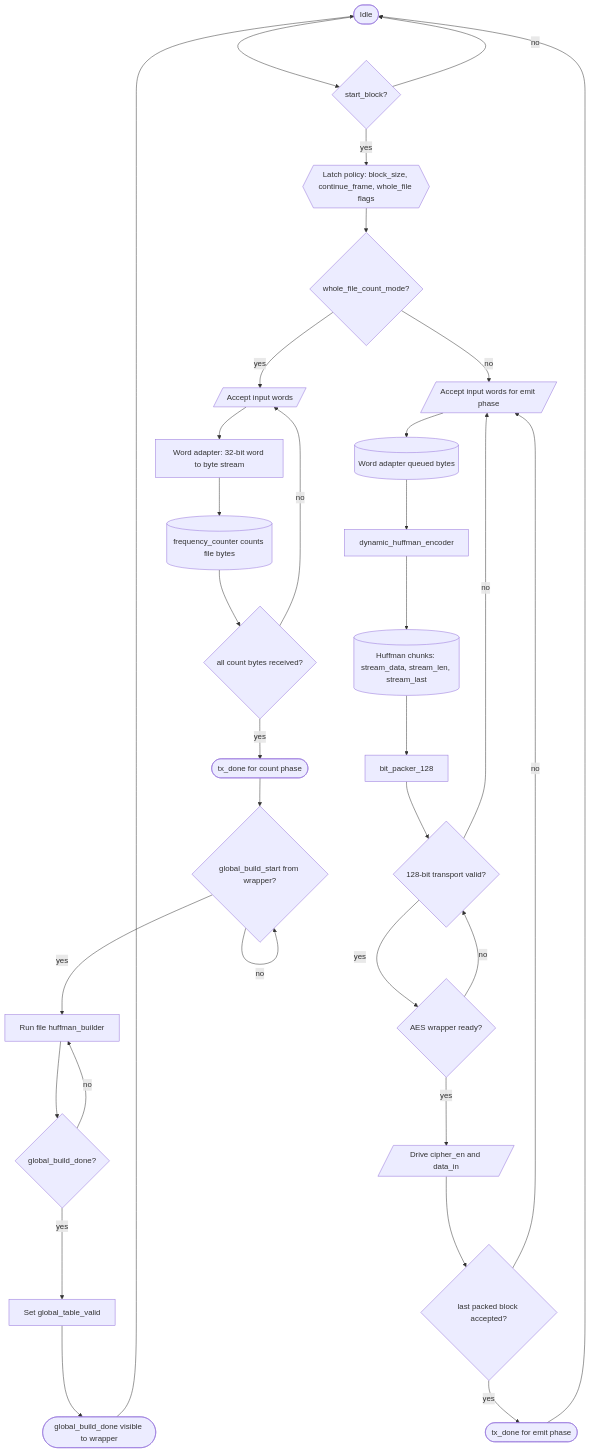
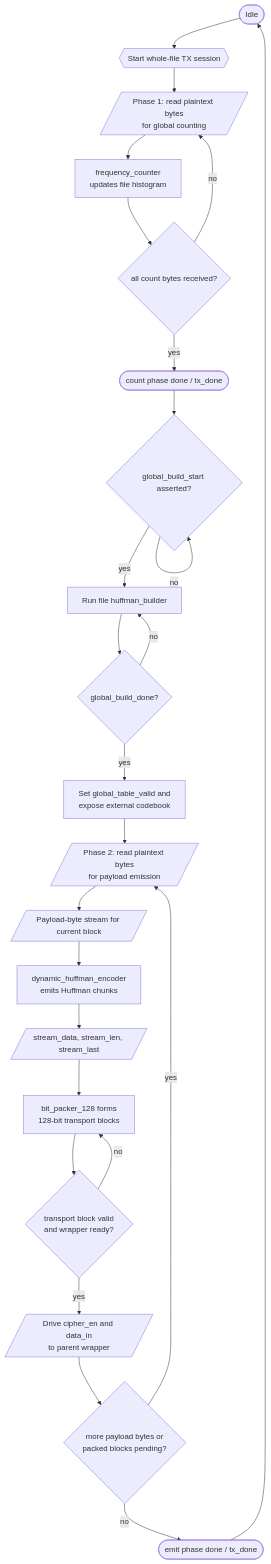
One commit to ngoquocan139/AES_huffman_all6 changed the second of 8 diagrams in docs/huffman_aes_riscv_flowchart_spec.md. Above: the diagram before and after it, drawn with Mermaid. The commit also changed other lines of this file and 17 other files, not shown here.

````diff
--- a/docs/huffman_aes_riscv_flowchart_spec.md
+++ b/docs/huffman_aes_riscv_flowchart_spec.md
@@ -82,38 +85,30 @@
 ```mermaid
 flowchart TD
-    A(["Idle"]) --> B{"start_block?"}
-    B -->|"no"| A
-    B -->|"yes"| C{{"Latch policy: block_size, continue_frame, whole_file flags"}}
+    A(["Idle"]) --> B{{"Start whole-file TX session"}}
+    B --> C[/"Phase 1: read plaintext bytes<br/>for global counting"/]
+    C --> D["frequency_counter<br/>updates file histogram"]
+    D --> E{"all count bytes received?"}
+    E -->|"no"| C
+    E -->|"yes"| F(["count phase done / tx_done"])
 
-    C --> D{"whole_file_count_mode?"}
-    D -->|"yes"| E[/"Accept input words"/]
-    E --> F["Word adapter: 32-bit word to byte stream"]
-    F --> G[("frequency_counter counts file bytes")]
-    G --> H{"all count bytes received?"}
-    H -->|"no"| E
-    H -->|"yes"| Z(["tx_done for count phase"])
-    Z --> I{"global_build_start from wrapper?"}
-    I -->|"no"| I
-    I -->|"yes"| J["Run file huffman_builder"]
-    J --> K{"global_build_done?"}
-    K -->|"no"| J
-    K -->|"yes"| AA["Set global_table_valid"]
-    AA --> AB(["global_build_done visible to wrapper"])
+    F --> G{"global_build_start asserted?"}
+    G -->|"no"| G
+    G -->|"yes"| H["Run file huffman_builder"]
+    H --> I{"global_build_done?"}
+    I -->|"no"| H
+    I -->|"yes"| J["Set global_table_valid and<br/>expose external codebook"]
 
-    D -->|"no"| L[/"Accept input words for emit phase"/]
-    L --> M[("Word adapter queued bytes")]
-    M --> N["dynamic_huffman_encoder"]
-    N --> O[("Huffman chunks: stream_data, stream_len, stream_last")]
-    O --> P["bit_packer_128"]
-    P --> Q{"128-bit transport valid?"}
-    Q -->|"no"| L
-    Q -->|"yes"| R{"AES wrapper ready?"}
-    R -->|"no"| Q
-    R -->|"yes"| S[/"Drive cipher_en and data_in"/]
-    S --> T{"last packed block accepted?"}
-    T -->|"no"| L
-    T -->|"yes"| U(["tx_done for emit phase"])
+    J --> K[/"Phase 2: read plaintext bytes<br/>for payload emission"/]
+    K --> L[/"Payload-byte stream for current block"/]
+    L --> M["dynamic_huffman_encoder<br/>emits Huffman chunks"]
+    M --> N[/"stream_data, stream_len, stream_last"/]
+    N --> O["bit_packer_128 forms<br/>128-bit transport blocks"]
+    O --> P{"transport block valid<br/>and wrapper ready?"}
+    P -->|"no"| O
+    P -->|"yes"| Q[/"Drive cipher_en and data_in<br/>to parent wrapper"/]
+    Q --> R{"more payload bytes or<br/>packed blocks pending?"}
+    R -->|"yes"| K
+    R -->|"no"| S(["emit phase done / tx_done"])
 
-    U --> A
-    AB --> A
+    S --> A
 ```
````
